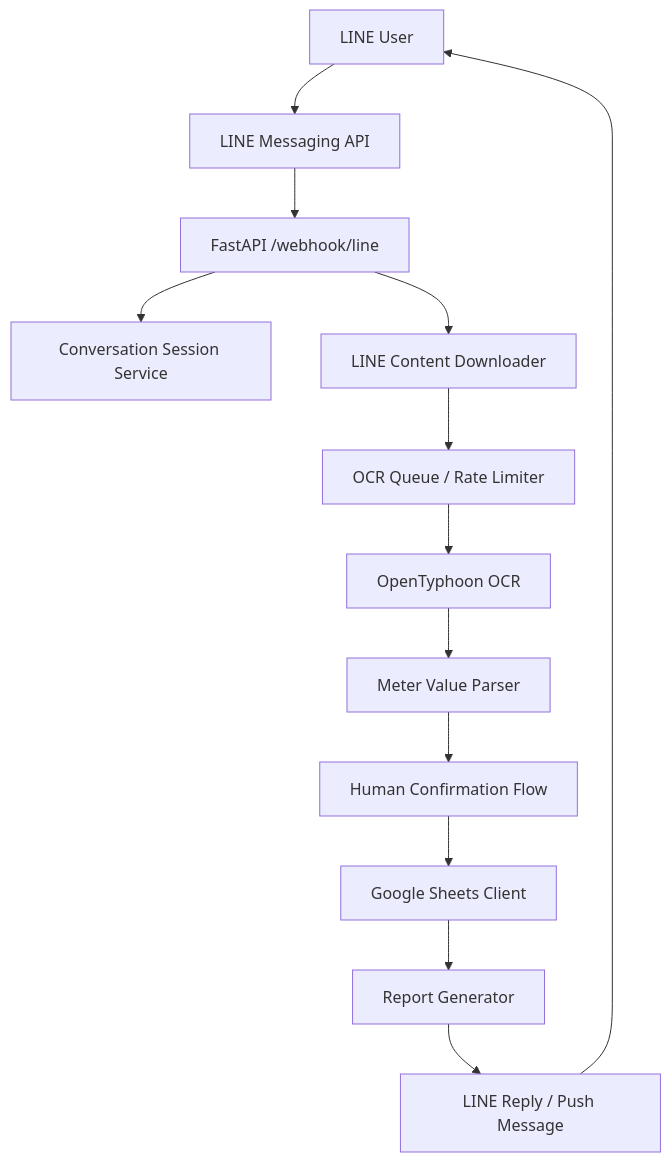
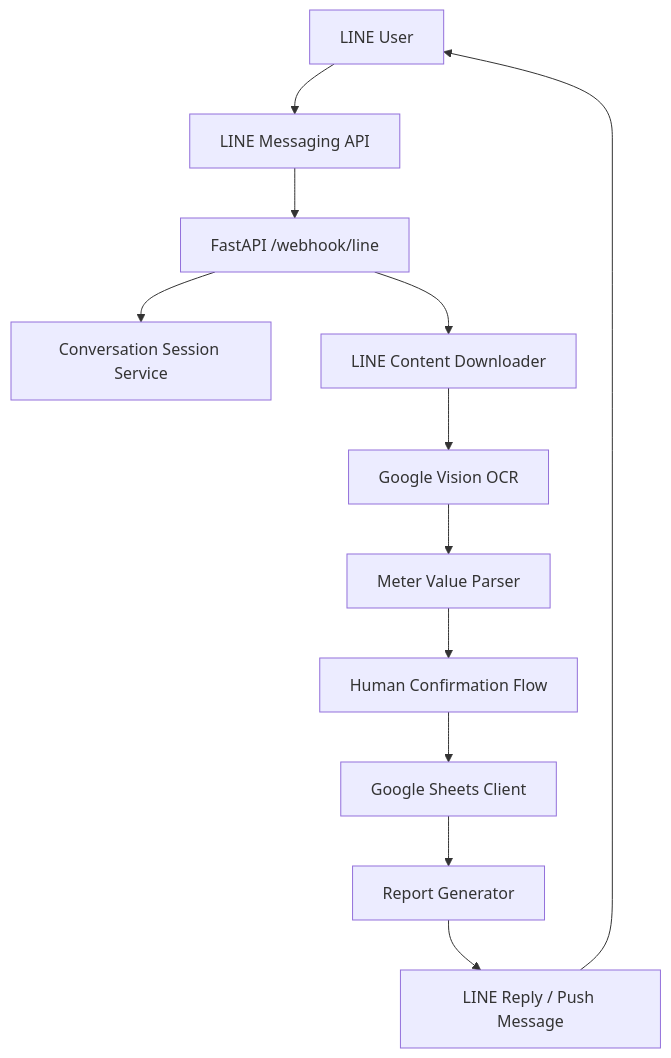
One commit to aphidach/ptop-automation changed the first of 2 diagrams in docs/01-architecture.md. Above: the diagram before and after it, drawn with Mermaid. The commit also changed other lines of this file and 26 other files, not shown here.

Commit message:
feat: add MPR-45S detail image cropping to Google Vision OCR and implement batch summary history retrieval.

````diff
--- a/docs/01-architecture.md
+++ b/docs/01-architecture.md
@@ -5,15 +5,14 @@
 ```mermaid
 flowchart TD
     U["LINE User"] --> L["LINE Messaging API"]
     L --> W["FastAPI /webhook/line"]
     W --> S["Conversation Session Service"]
     W --> C["LINE Content Downloader"]
-    C --> Q["OCR Queue / Rate Limiter"]
-    Q --> O["OpenTyphoon OCR"]
+    C --> O["Google Vision OCR"]
     O --> P["Meter Value Parser"]
     P --> H["Human Confirmation Flow"]
     H --> G["Google Sheets Client"]
     G --> R["Report Generator"]
     R --> B["LINE Reply / Push Message"]
     B --> U
 ```
````
